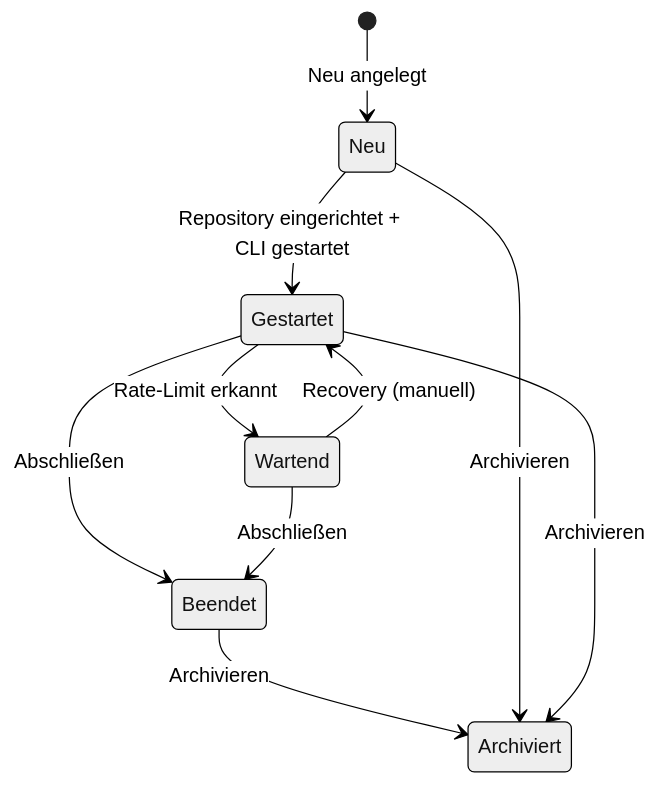
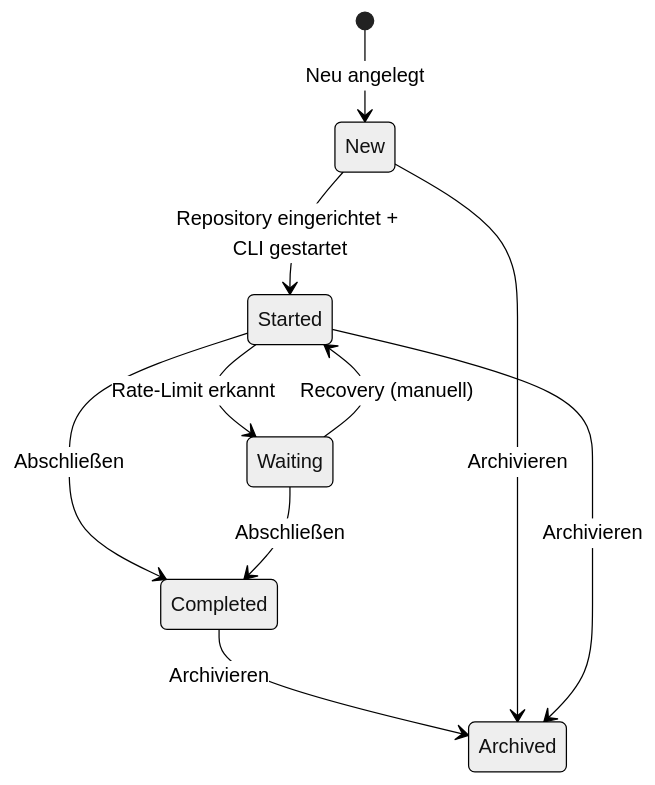
Before and after one commit to martin-stromberg/Softwareschmiede: the first of 2 diagrams in docs/help/aufgaben/datenmodell.md, drawn with Mermaid (neutral theme). The commit also changed other lines of this file and 76 other files, not shown here.

````diff
--- a/docs/help/aufgaben/datenmodell.md
+++ b/docs/help/aufgaben/datenmodell.md
@@ -156,12 +156,12 @@
 ```mermaid
 stateDiagram-v2
-    [*] --> Neu : Neu angelegt
-    Neu --> Gestartet : Repository eingerichtet + CLI gestartet
-    Gestartet --> Wartend : Rate-Limit erkannt
-    Gestartet --> Beendet : Abschließen
-    Wartend --> Beendet : Abschließen
-    Wartend --> Gestartet : Recovery (manuell)
-    Beendet --> Archiviert : Archivieren
-    Neu --> Archiviert : Archivieren
-    Gestartet --> Archiviert : Archivieren
+    [*] --> New : Neu angelegt
+    New --> Started : Repository eingerichtet + CLI gestartet
+    Started --> Waiting : Rate-Limit erkannt
+    Started --> Completed : Abschließen
+    Waiting --> Completed : Abschließen
+    Waiting --> Started : Recovery (manuell)
+    Completed --> Archived : Archivieren
+    New --> Archived : Archivieren
+    Started --> Archived : Archivieren
 ```
````
